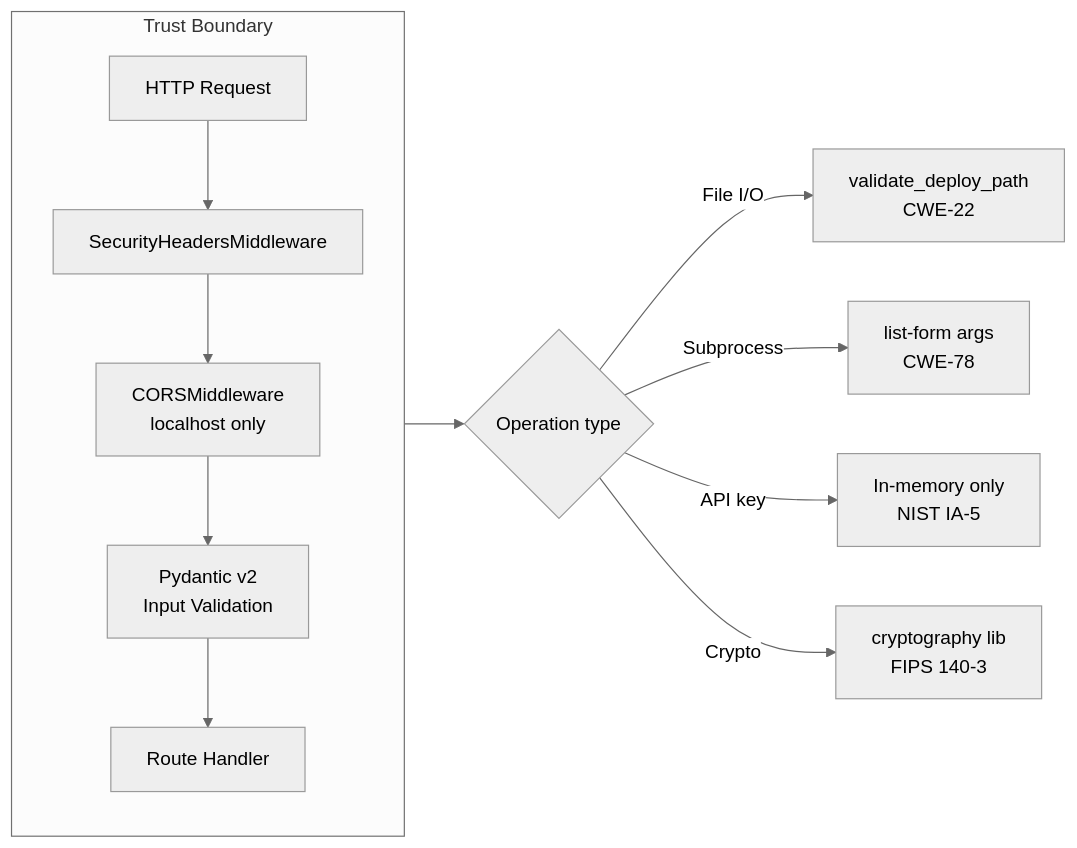
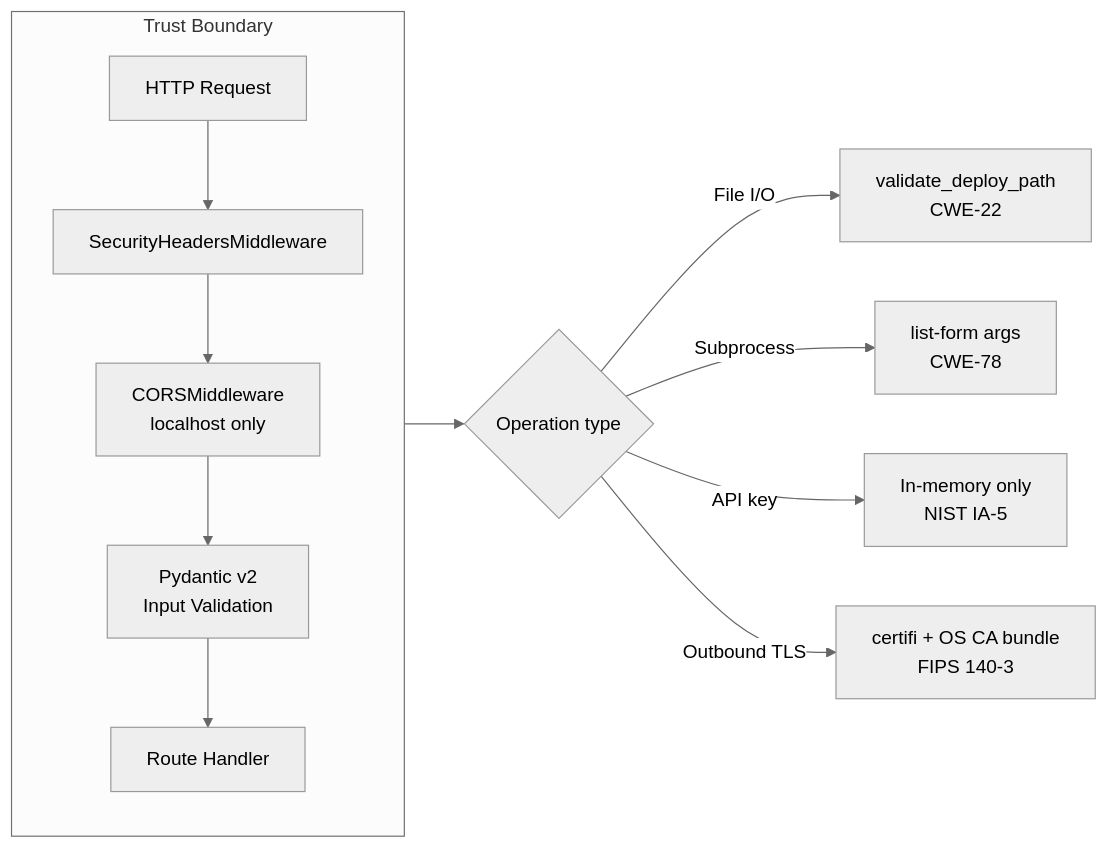
Before and after one commit to DXCSithlordPadawan/planforaplan: the tenth of 12 diagrams in app/docs/01-ARCHITECTURE.md, drawn with Mermaid (neutral theme). The commit also changed other lines of this file and 10 other files, not shown here.

````diff
--- a/app/docs/01-ARCHITECTURE.md
+++ b/app/docs/01-ARCHITECTURE.md
@@ -540,16 +545,16 @@
 ```mermaid
 flowchart LR
     subgraph Boundary["Trust Boundary"]
         direction TB
         A[HTTP Request] --> B[SecurityHeadersMiddleware]
         B --> C[CORSMiddleware\nlocalhost only]
         C --> D[Pydantic v2\nInput Validation]
         D --> E[Route Handler]
     end
 
     E --> F{Operation type}
     F -->|File I/O| G[validate_deploy_path\nCWE-22]
     F -->|Subprocess| H[list-form args\nCWE-78]
     F -->|API key| I[In-memory only\nNIST IA-5]
-    F -->|Crypto| J[cryptography lib\nFIPS 140-3]
+    F -->|Outbound TLS| J[certifi + OS CA bundle\nFIPS 140-3]
 ```
````
